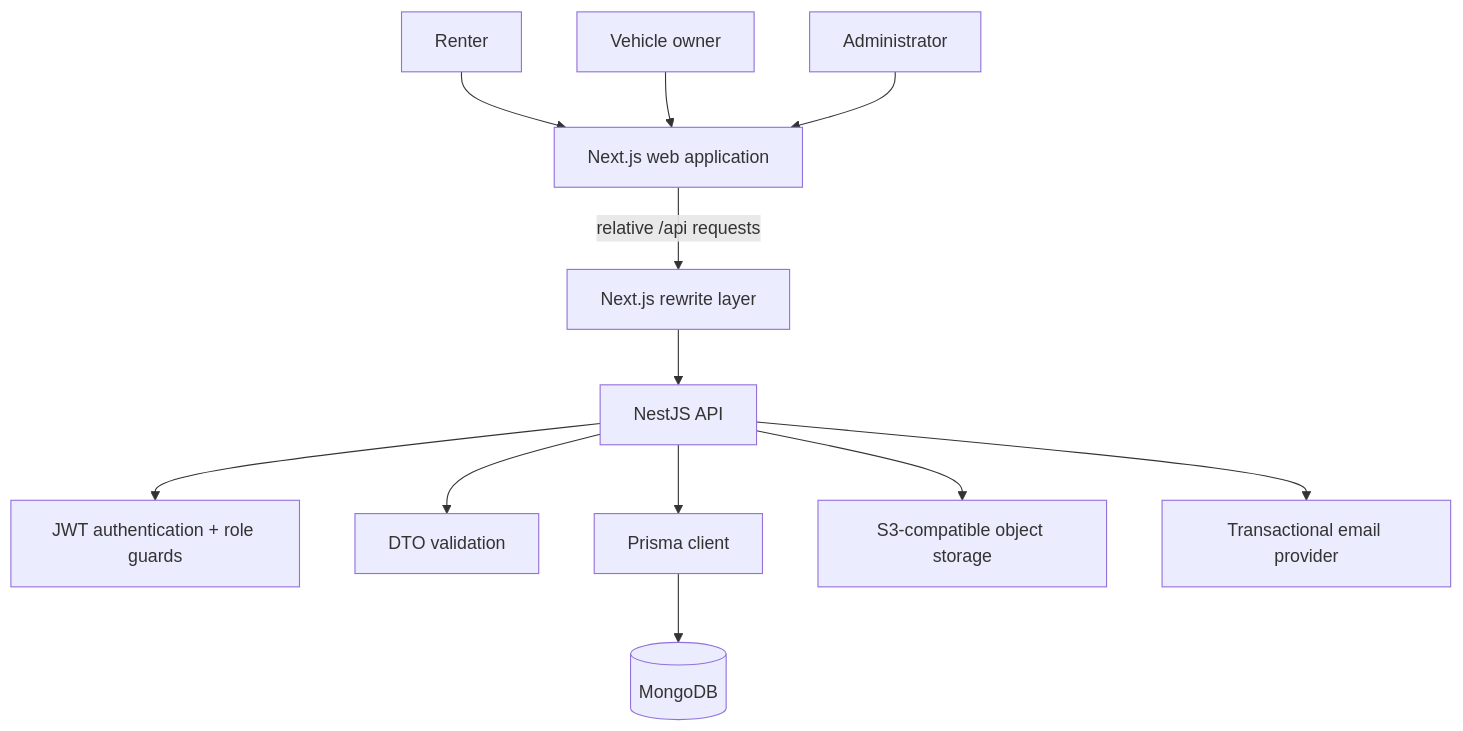
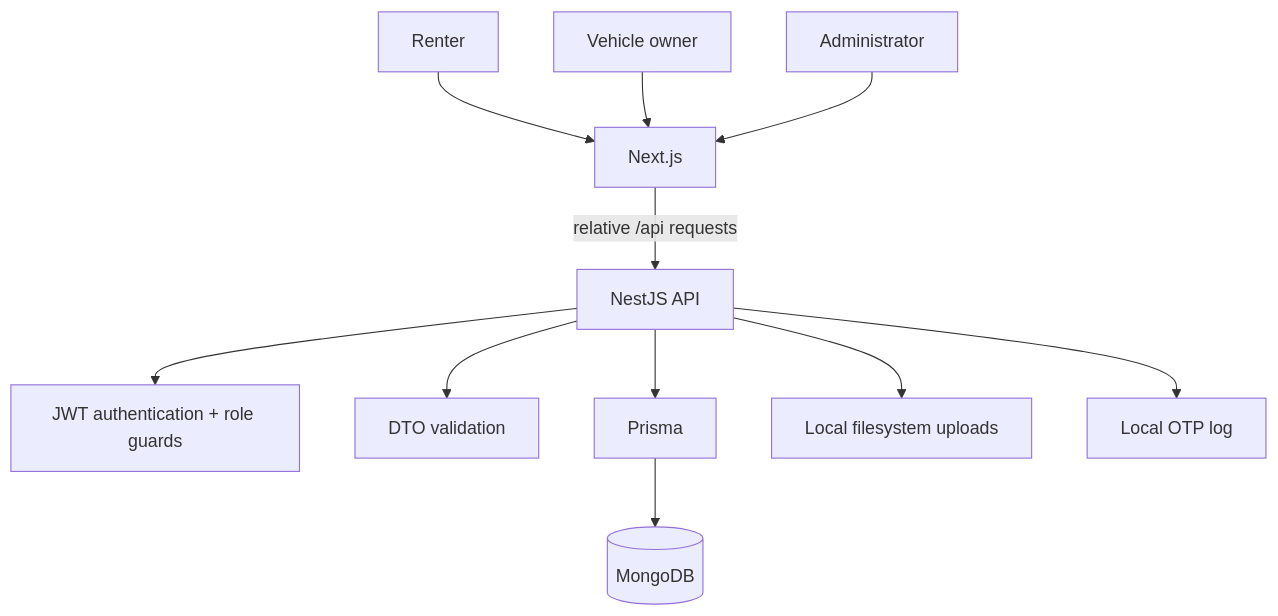
The diagram in docs/architecture.md (phatnguyen03022001/elite-drive), drawn with Mermaid before and after one commit. The commit also changed other lines of this file, not shown here.

Commit message:
docs: align architecture with local-first runtime

````diff
--- a/docs/architecture.md
+++ b/docs/architecture.md
@@ -7,21 +9,18 @@
 ```mermaid
 flowchart TB
-    U1[Renter]
-    U2[Vehicle owner]
-    U3[Administrator]
+    R[Renter]
+    O[Vehicle owner]
+    A[Administrator]
 
-    U1 --> WEB[Next.js web application]
-    U2 --> WEB
-    U3 --> WEB
+    R --> WEB[Next.js]
+    O --> WEB
+    A --> WEB
 
-    WEB -->|relative /api requests| PROXY[Next.js rewrite layer]
-    PROXY --> API[NestJS API]
-
+    WEB -->|relative /api requests| API[NestJS API]
     API --> AUTH[JWT authentication + role guards]
     API --> VALIDATION[DTO validation]
-    API --> PRISMA[Prisma client]
+    API --> PRISMA[Prisma]
     PRISMA --> DB[(MongoDB)]
-
-    API --> STORAGE[S3-compatible object storage]
-    API --> EMAIL[Transactional email provider]
+    API --> FILES[Local filesystem uploads]
+    API --> MAIL[Local OTP log]
 ```
````
